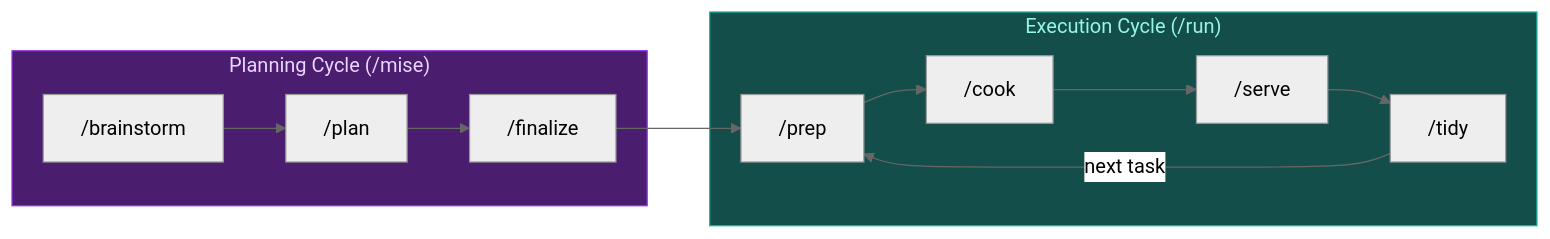
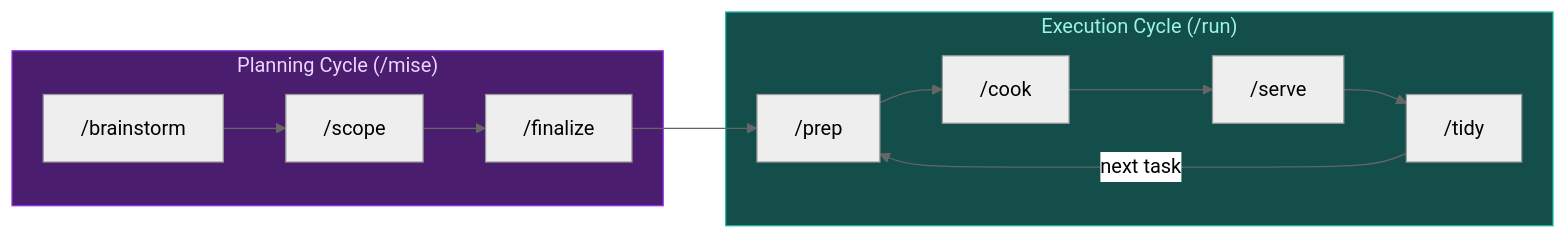
One commit to smileynet/line-cook changed the diagram in README.md. Above: the diagram before and after it, drawn with Mermaid (neutral theme).

Commit message:
fix: Update mermaid diagram /plan → /scope
Completes the line:plan → line:scope rename from 689a2b0.
The mermaid diagram in README.md still referenced the old
/plan command instead of /scope.

Signal: KITCHEN_COMPLETE

Review findings:
- Sous-chef assessment: APPROVED
- No issues found

````diff
--- a/README.md
+++ b/README.md
@@ -64,15 +64,15 @@
 ```mermaid
 graph LR
     subgraph planning ["Planning Cycle (/mise)"]
-        A["/brainstorm"] --> B["/plan"]
+        A["/brainstorm"] --> B["/scope"]
         B --> C["/finalize"]
     end
     subgraph execution ["Execution Cycle (/run)"]
         D["/prep"] --> E["/cook"] --> F["/serve"] --> G["/tidy"]
     end
     C --> D
     G --> |next task| D
 
     style planning fill:#4a1d6e,stroke:#9333ea,color:#e9d5ff
     style execution fill:#134e4a,stroke:#14b8a6,color:#99f6e4
 ```
````
